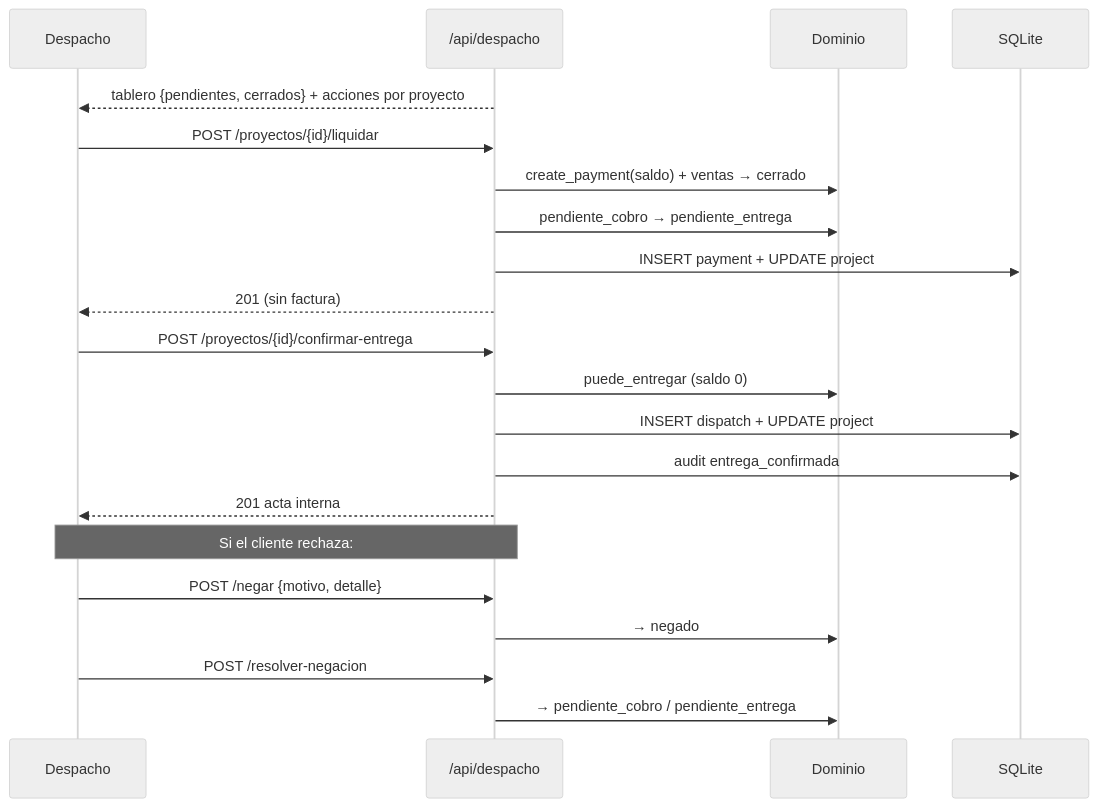
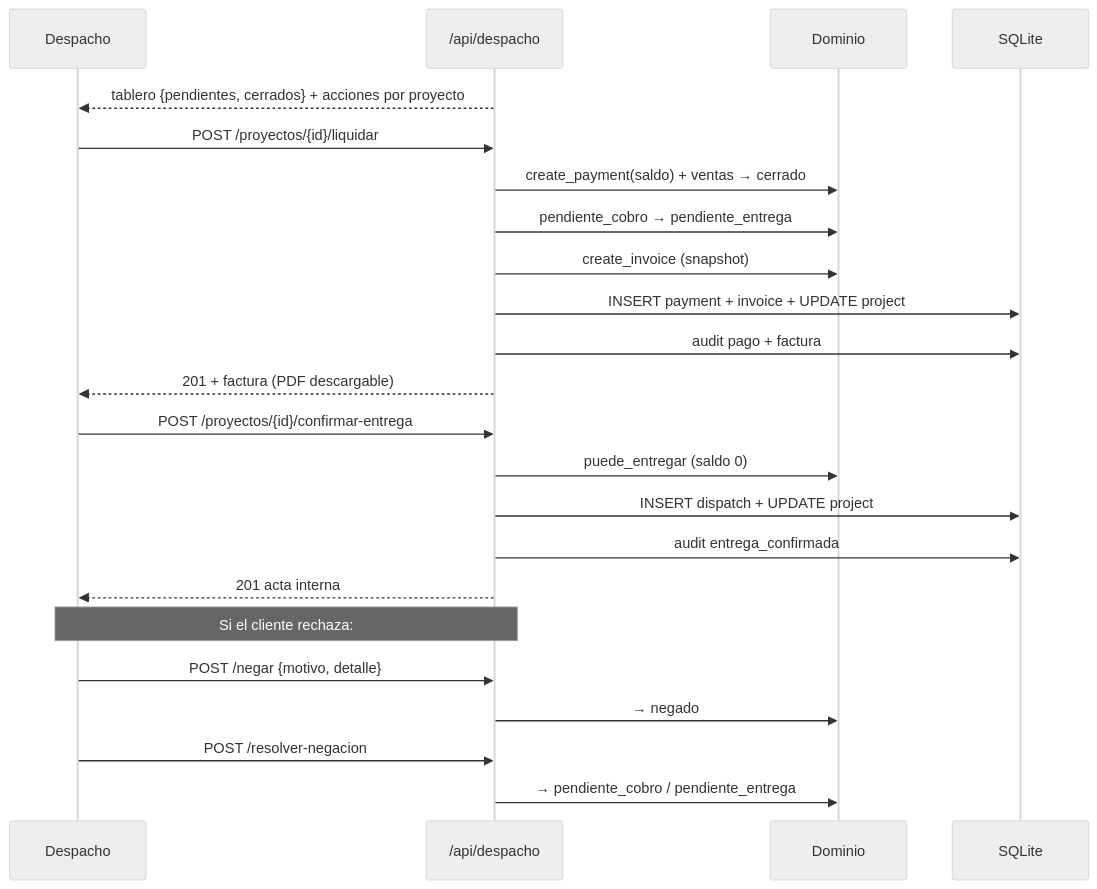
One commit to silvaanthony2005/giscar changed diagram 13 of 17 in docs/07-flujos-y-procesos.md. Above: the diagram before and after it, drawn with Mermaid (neutral theme). The commit also changed other lines of this file and 8 other files, not shown here.

````diff
--- a/docs/07-flujos-y-procesos.md
+++ b/docs/07-flujos-y-procesos.md
@@ -304,27 +305,29 @@
 ```mermaid
 sequenceDiagram
     participant D as Despacho
     participant API as /api/despacho
     participant DOM as Dominio
     participant DB as SQLite
 
     API-->>D: tablero {pendientes, cerrados} + acciones por proyecto
 
     D->>API: POST /proyectos/{id}/liquidar
     API->>DOM: create_payment(saldo) + ventas → cerrado
     API->>DOM: pendiente_cobro → pendiente_entrega
-    API->>DB: INSERT payment + UPDATE project
-    API-->>D: 201 (sin factura)
+    API->>DOM: create_invoice (snapshot)
+    API->>DB: INSERT payment + invoice + UPDATE project
+    API->>DB: audit pago + factura
+    API-->>D: 201 + factura (PDF descargable)
 
     D->>API: POST /proyectos/{id}/confirmar-entrega
     API->>DOM: puede_entregar (saldo 0)
     API->>DB: INSERT dispatch + UPDATE project
     API->>DB: audit entrega_confirmada
     API-->>D: 201 acta interna
 
     Note over D,API: Si el cliente rechaza:
     D->>API: POST /negar {motivo, detalle}
     API->>DOM: → negado
     D->>API: POST /resolver-negacion
     API->>DOM: → pendiente_cobro / pendiente_entrega
 ```
````
